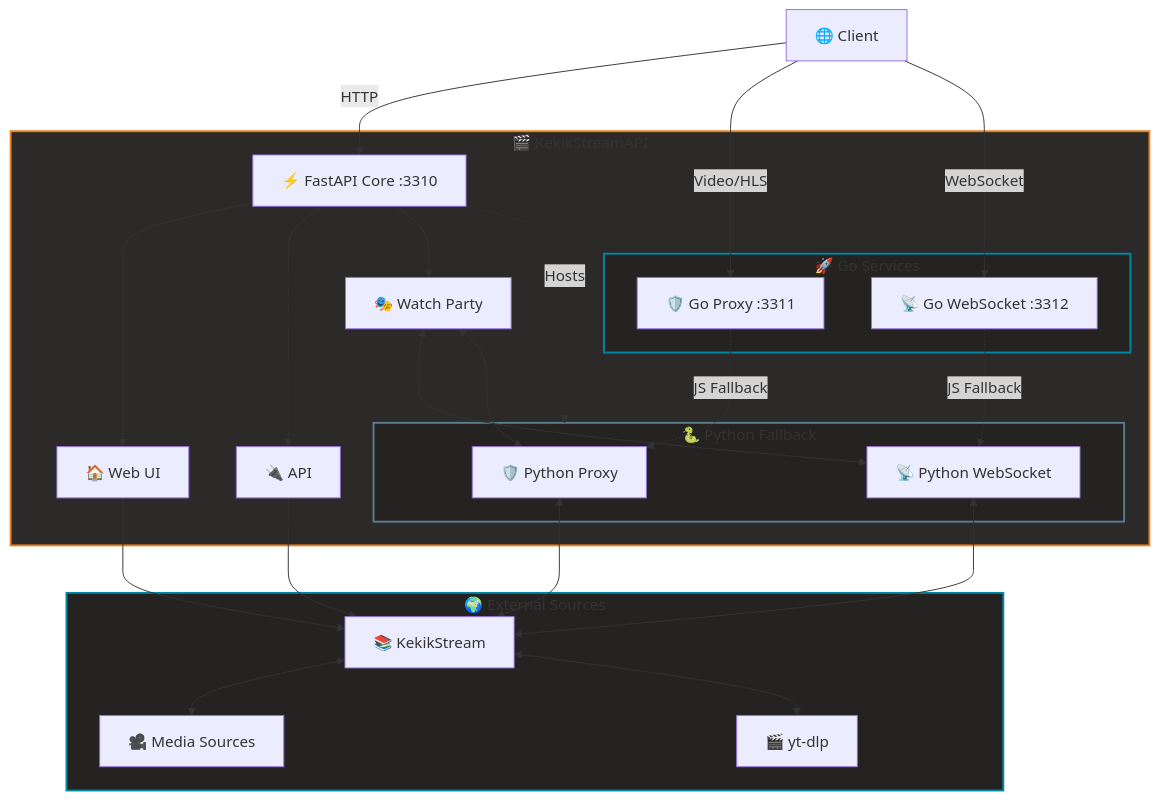
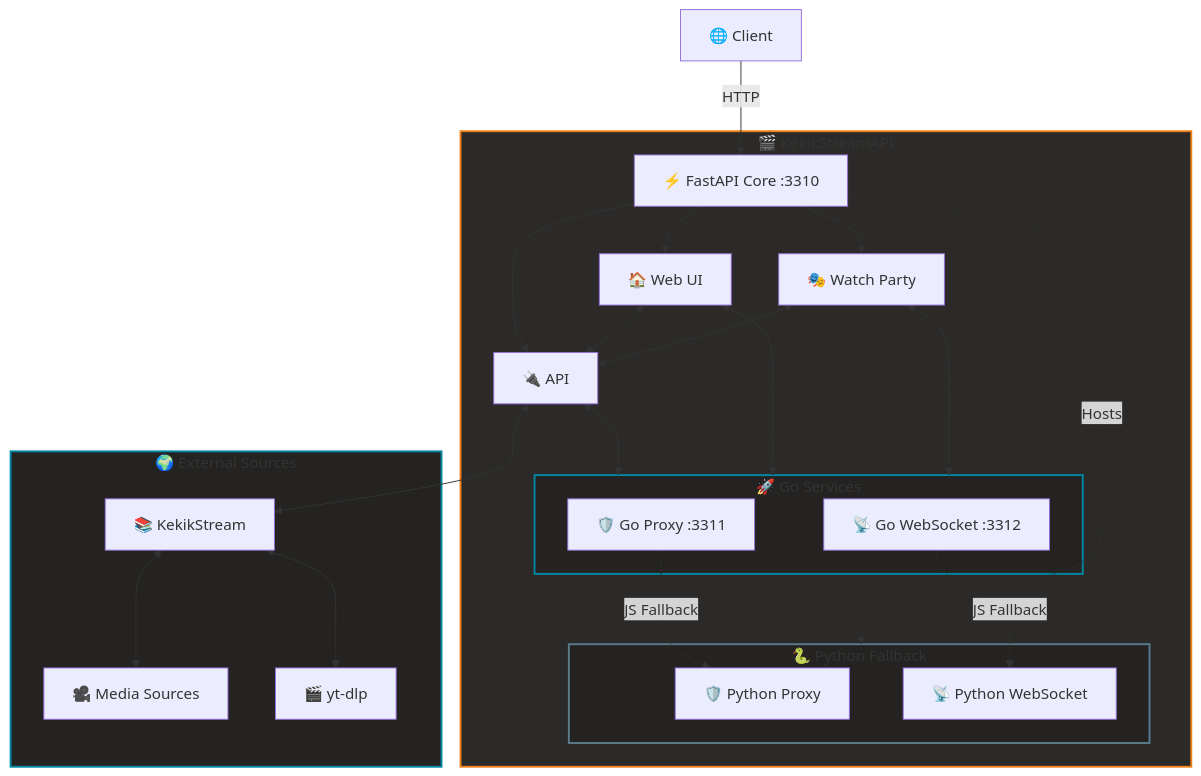
Before and after one commit to keyiflerolsun/KekikStreamAPI: the diagram in README.md, drawn with Mermaid.

````diff
--- a/README.md
+++ b/README.md
@@ -82,56 +82,54 @@
 ```mermaid
 graph TB
     Client[🌐 Client]
 
     subgraph KekikStreamAPI[🎬 KekikStreamAPI]
         FastAPI[⚡ FastAPI Core :3310]
         Home[🏠 Web UI]
         API[🔌 API]
         WatchParty[🎭 Watch Party]
 
         subgraph GoServices[🚀 Go Services]
             GoProxy[🛡️ Go Proxy :3311]
             GoWS[📡 Go WebSocket :3312]
         end
 
         subgraph PyServices[🐍 Python Fallback]
             PyProxy[🛡️ Python Proxy]
             PyWS[📡 Python WebSocket]
         end
     end
 
     subgraph External[🌍 External Sources]
         KekikStream[📚 KekikStream]
         MediaSources[🎥 Media Sources]
         YtDlp[🎬 yt-dlp]
     end
 
+    KekikStream <--> MediaSources
+    KekikStream <--> YtDlp
+
     Client -->|HTTP| FastAPI
-    Client -->|Video/HLS| GoProxy
-    Client -->|WebSocket| GoWS
 
     FastAPI --> Home
     FastAPI --> API
     FastAPI --> WatchParty
     FastAPI -.->|Hosts| PyServices
 
-    KekikStream <--> MediaSources
-    KekikStream <--> YtDlp
+    Home <--> API
+    WatchParty <--> API
 
-    Home --> KekikStream
-    API --> KekikStream
+    API <--> KekikStream
 
-    WatchParty <--> PyWS
-    WatchParty <--> PyProxy
-
-    PyWS <--> KekikStream
-    PyProxy <--> KekikStream
+    API <--> GoServices
+    Home <--> GoServices
+    WatchParty <--> GoServices
 
     GoProxy -.->|JS Fallback| PyProxy
     GoWS -.->|JS Fallback| PyWS
 
     style KekikStreamAPI fill:#2b2a29,stroke:#ef7f1a,stroke-width:2px
     style GoServices fill:#242322,stroke:#0087a3,stroke-width:2px
     style PyServices fill:#242322,stroke:#5a7c8c,stroke-width:2px
     style External fill:#242322,stroke:#0087a3,stroke-width:2px
 ```
````
